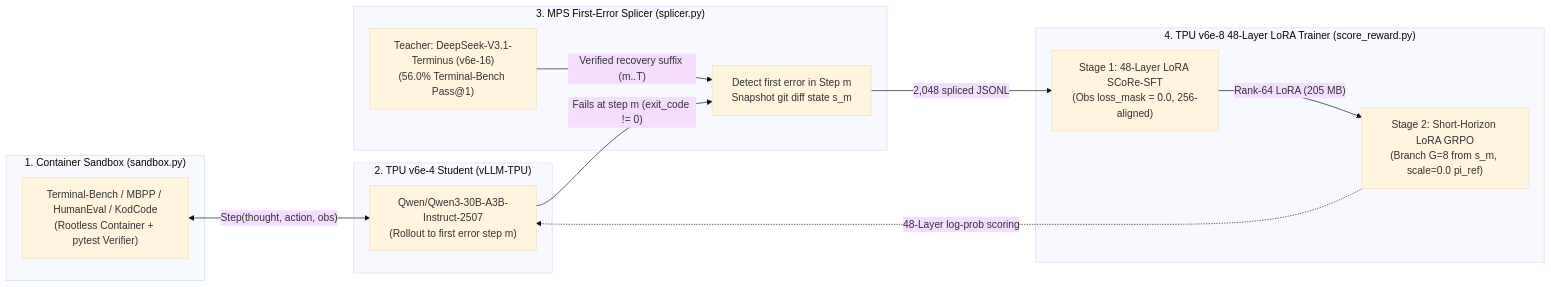
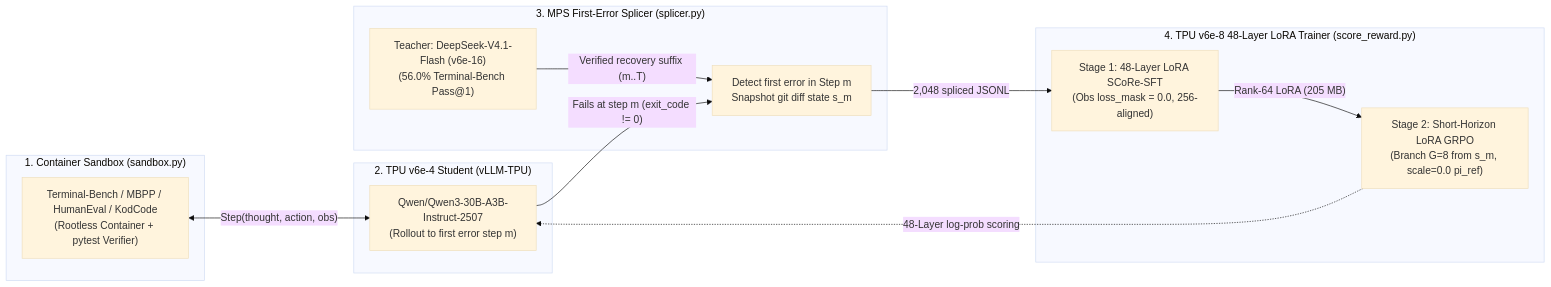
One commit to jawadaminGOOG/tpu-distil changed the diagram in docs/ARCHITECTURE.md. Above: the diagram before and after it, drawn with Mermaid (base theme). The commit also changed other lines of this file and 5 other files, not shown here.

Commit message:
Document DeepSeek-V4.1-Flash (mxfp4 EP8/TP2 on v6e-16) teacher and Qwen3-30B-A3B-Instruct-2507 student

````diff
--- a/docs/ARCHITECTURE.md
+++ b/docs/ARCHITECTURE.md
@@ -37,27 +37,27 @@
 ```mermaid
 flowchart LR
     subgraph Env["1. Container Sandbox (sandbox.py)"]
         TB["Terminal-Bench / MBPP / HumanEval / KodCode\n(Rootless Container + pytest Verifier)"]
     end
 
     subgraph Student["2. TPU v6e-4 Student (vLLM-TPU)"]
         Q3["Qwen/Qwen3-30B-A3B-Instruct-2507\n(Rollout to first error step m)"]
     end
 
     subgraph Splicer["3. MPS First-Error Splicer (splicer.py)"]
         MPS["Detect first error in Step m\nSnapshot git diff state s_m"]
-        T["Teacher: DeepSeek-V3.1-Terminus (v6e-16)\n(56.0% Terminal-Bench Pass@1)"]
+        T["Teacher: DeepSeek-V4.1-Flash (v6e-16)\n(56.0% Terminal-Bench Pass@1)"]
     end
 
     subgraph Trainer["4. TPU v6e-8 48-Layer LoRA Trainer (score_reward.py)"]
         SFT["Stage 1: 48-Layer LoRA SCoRe-SFT\n(Obs loss_mask = 0.0, 256-aligned)"]
         RL["Stage 2: Short-Horizon LoRA GRPO\n(Branch G=8 from s_m, scale=0.0 pi_ref)"]
     end
 
     TB <-->|"Step(thought, action, obs)"| Q3
     Q3 -->|"Fails at step m (exit_code != 0)"| MPS
     T -->|"Verified recovery suffix (m..T)"| MPS
     MPS -->|"2,048 spliced JSONL"| SFT
     SFT -->|"Rank-64 LoRA (205 MB)"| RL
     RL -.->|"48-Layer log-prob scoring"| Q3
 ```
````
